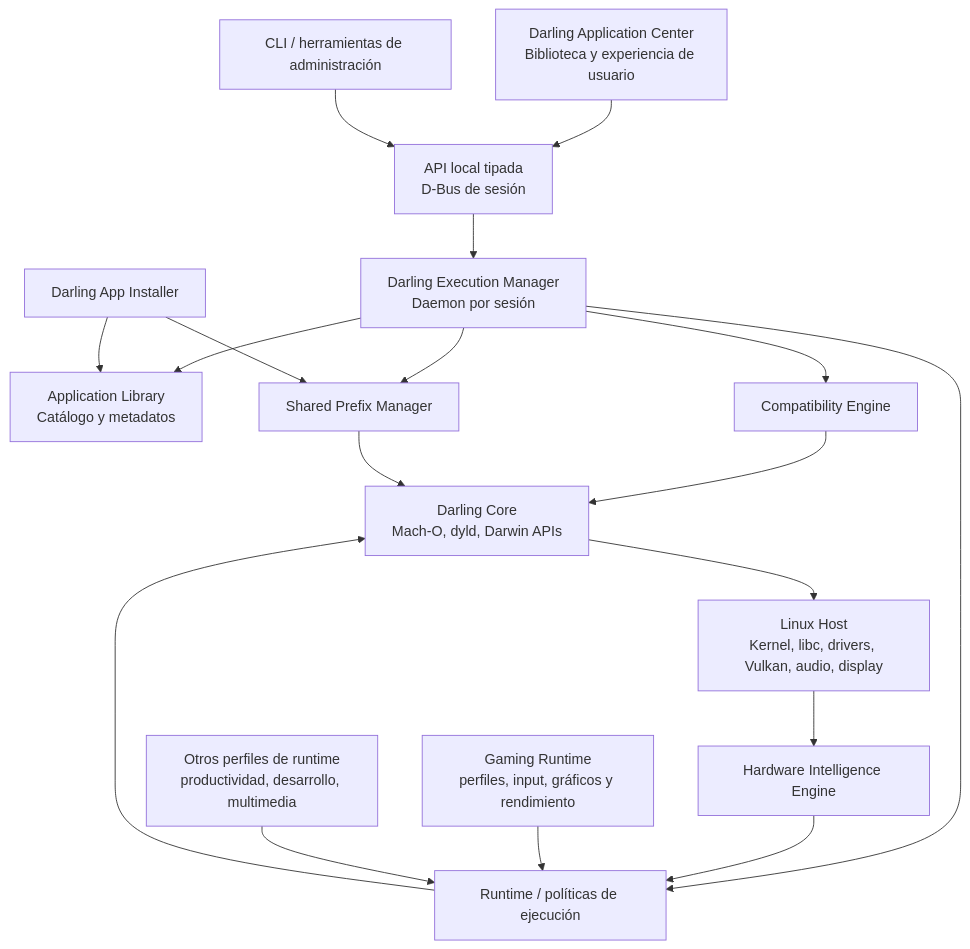
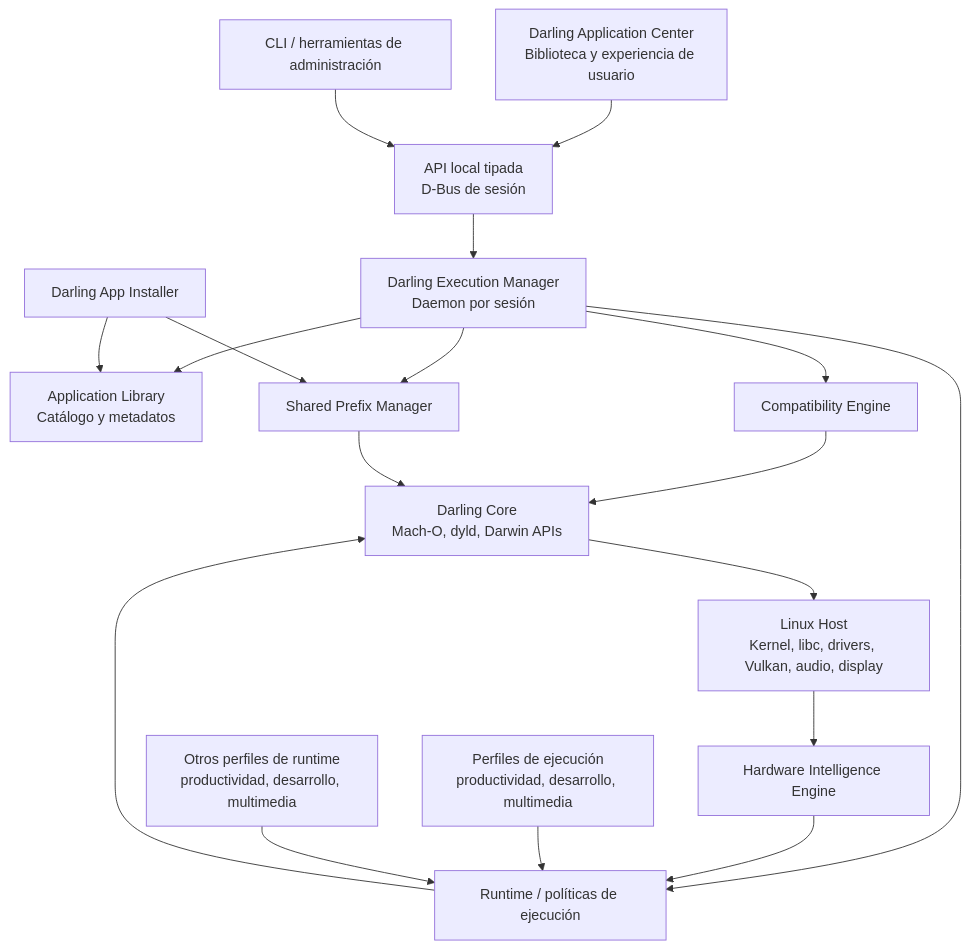
The first of 2 diagrams in PLAN_DARLING_PLATFORM.md (leav-dev/darling_plataform), drawn with Mermaid before and after one commit. The commit also changed other lines of this file and 4 other files, not shown here.

````diff
--- a/PLAN_DARLING_PLATFORM.md
+++ b/PLAN_DARLING_PLATFORM.md
@@ -194,35 +194,35 @@
 ``` mermaid
 flowchart TB
     UI["Darling Application Center<br/>Biblioteca y experiencia de usuario"]
     CLI["CLI / herramientas de administración"]
     IPC["API local tipada<br/>D-Bus de sesión"]
     DEM["Darling Execution Manager<br/>Daemon por sesión"]
     INSTALL["Darling App Installer"]
     LIB["Application Library<br/>Catálogo y metadatos"]
     COMP["Compatibility Engine"]
     SPM["Shared Prefix Manager"]
     DHI["Hardware Intelligence Engine"]
     RUNTIME["Runtime / políticas de ejecución"]
     DARLING["Darling Core<br/>Mach-O, dyld, Darwin APIs"]
     HOST["Linux Host<br/>Kernel, libc, drivers, Vulkan, audio, display"]
-    GAME["Gaming Runtime<br/>perfiles, input, gráficos y rendimiento"]
+    PROFILE["Perfiles de ejecución<br/>productividad, desarrollo, multimedia"]
     OTHER["Otros perfiles de runtime<br/>productividad, desarrollo, multimedia"]
 
     UI --> IPC
     CLI --> IPC
     IPC --> DEM
     DEM --> LIB
     DEM --> SPM
     DEM --> COMP
     DEM --> RUNTIME
     INSTALL --> LIB
     INSTALL --> SPM
     COMP --> DARLING
     DHI --> RUNTIME
     HOST --> DHI
     RUNTIME --> DARLING
-    GAME --> RUNTIME
+    PROFILE --> RUNTIME
     OTHER --> RUNTIME
     SPM --> DARLING
     DARLING --> HOST
 ```
````
